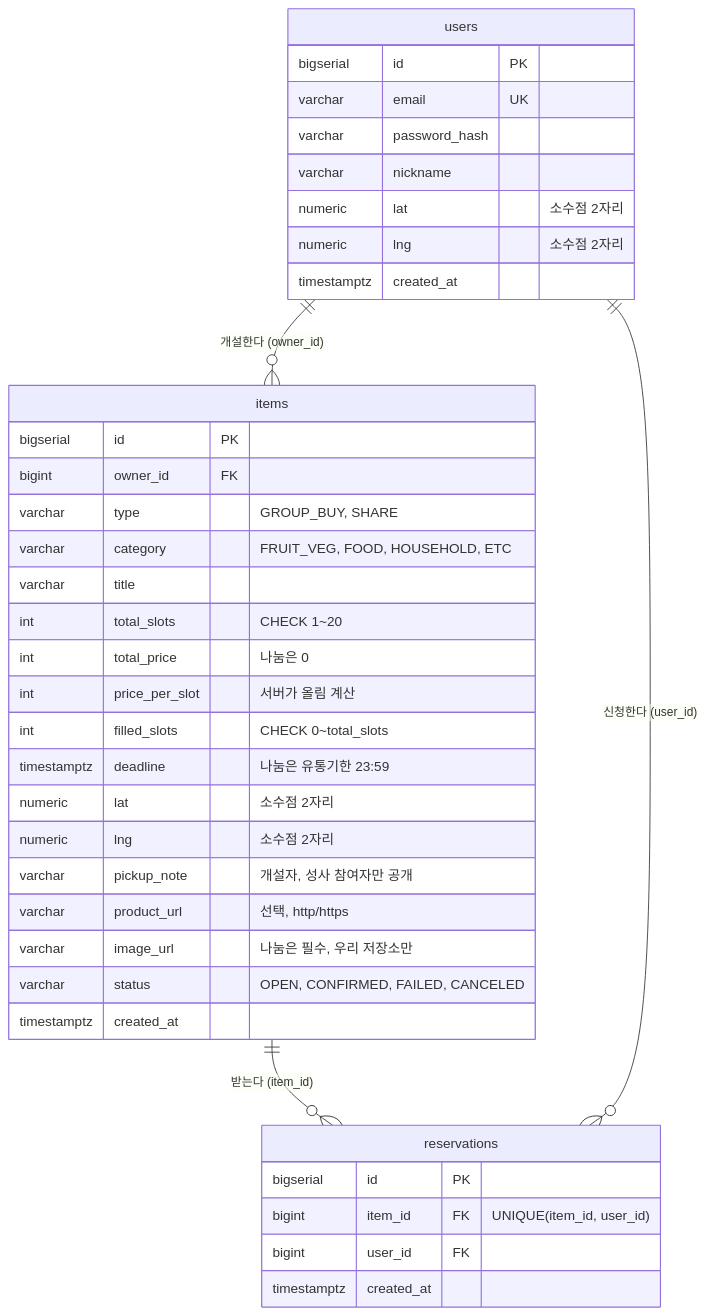
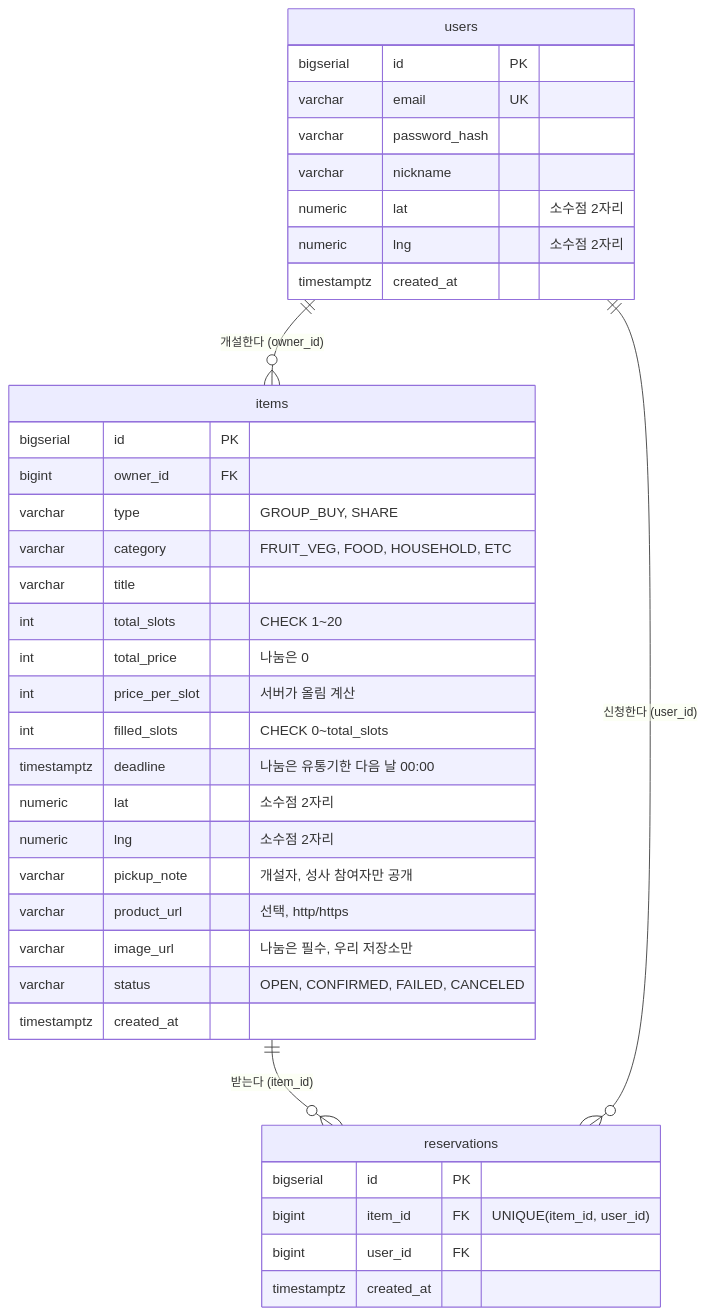
One commit to hgoose-avatye/together changed the first of 11 diagrams in gachi-spec.md. Above: the diagram before and after it, drawn with Mermaid. The commit also changed other lines of this file and 2 other files, not shown here.

````diff
--- a/gachi-spec.md
+++ b/gachi-spec.md
@@ -197,43 +214,43 @@
 ```mermaid
 erDiagram
     users ||--o{ items : "개설한다 (owner_id)"
     items ||--o{ reservations : "받는다 (item_id)"
     users ||--o{ reservations : "신청한다 (user_id)"
 
     users {
         bigserial id PK
         varchar email UK
         varchar password_hash
         varchar nickname
         numeric lat "소수점 2자리"
         numeric lng "소수점 2자리"
         timestamptz created_at
     }
 
     items {
         bigserial id PK
         bigint owner_id FK
         varchar type "GROUP_BUY, SHARE"
         varchar category "FRUIT_VEG, FOOD, HOUSEHOLD, ETC"
         varchar title
         int total_slots "CHECK 1~20"
         int total_price "나눔은 0"
         int price_per_slot "서버가 올림 계산"
         int filled_slots "CHECK 0~total_slots"
-        timestamptz deadline "나눔은 유통기한 23:59"
+        timestamptz deadline "나눔은 유통기한 다음 날 00:00"
         numeric lat "소수점 2자리"
         numeric lng "소수점 2자리"
         varchar pickup_note "개설자, 성사 참여자만 공개"
         varchar product_url "선택, http/https"
         varchar image_url "나눔은 필수, 우리 저장소만"
         varchar status "OPEN, CONFIRMED, FAILED, CANCELED"
         timestamptz created_at
     }
 
     reservations {
         bigserial id PK
         bigint item_id FK "UNIQUE(item_id, user_id)"
         bigint user_id FK
         timestamptz created_at
     }
 ```
````
